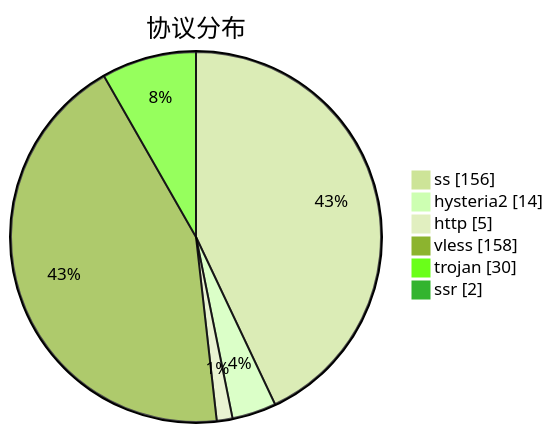
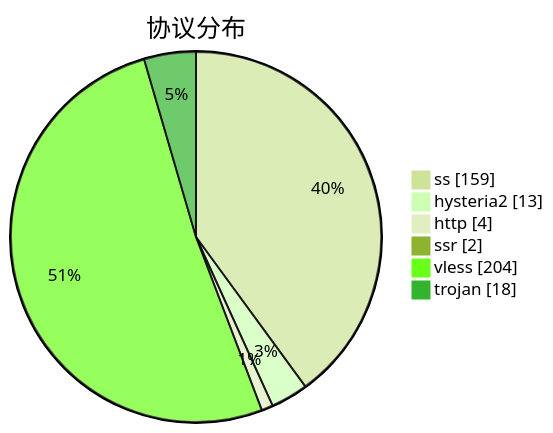
One commit to qjlxg/airport changed the third of 3 diagrams in subs/statistics/tested_within.md. Above: the diagram before and after it, drawn with Mermaid (forest theme). The commit also changed other lines of this file and 2 other files, not shown here.

````diff
--- a/subs/statistics/tested_within.md
+++ b/subs/statistics/tested_within.md
@@ -18,10 +18,10 @@
 ```mermaid
 pie showData
 title 协议分布
-"ss" : 156
-"hysteria2" : 14
-"http" : 5
-"vless" : 158
-"trojan" : 30
+"ss" : 159
+"hysteria2" : 13
+"http" : 4
 "ssr" : 2
+"vless" : 204
+"trojan" : 18
 ```
````
